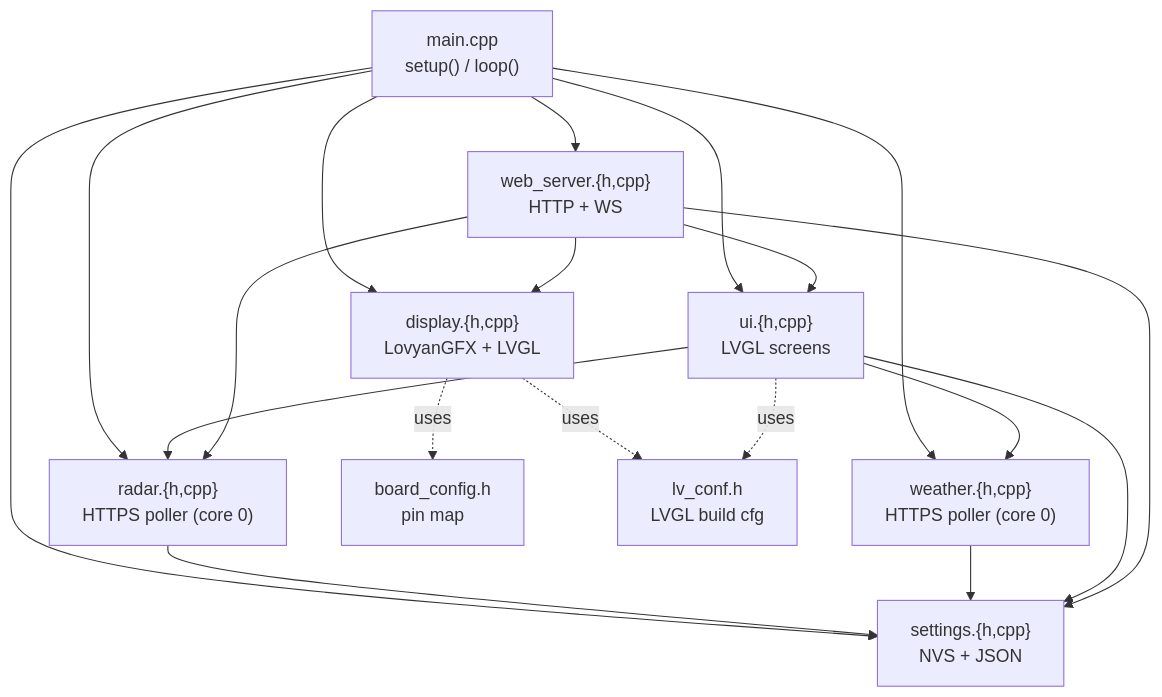
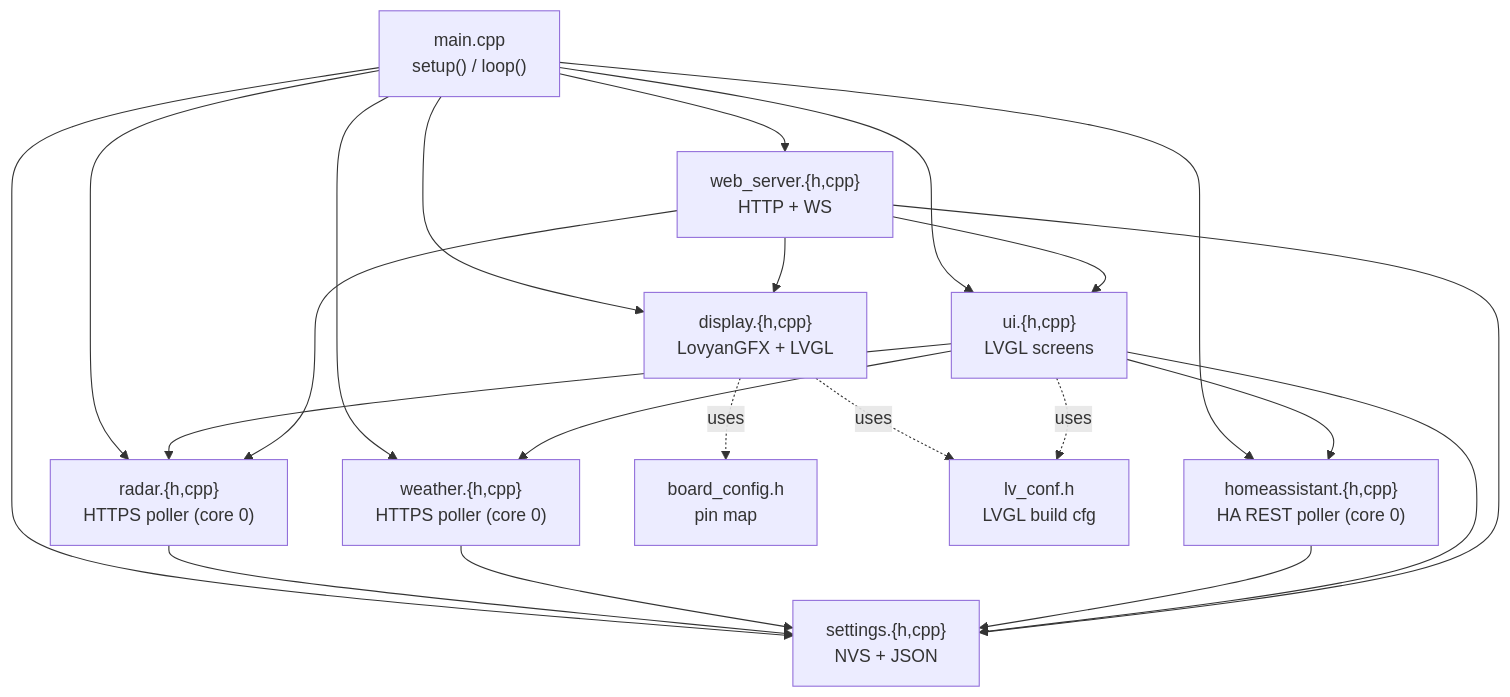
The second of 8 diagrams in ARCHITECTURE.md (Krasnov777/esp32-sky-gauge), drawn with Mermaid before and after one commit. The commit also changed other lines of this file and 11 other files, not shown here.

````diff
--- a/ARCHITECTURE.md
+++ b/ARCHITECTURE.md
@@ -84,35 +86,39 @@
 ```mermaid
 flowchart TB
   main["main.cpp<br/>setup() / loop()"]
 
   settings["settings.{h,cpp}<br/>NVS + JSON"]
   display["display.{h,cpp}<br/>LovyanGFX + LVGL"]
   ui["ui.{h,cpp}<br/>LVGL screens"]
   web["web_server.{h,cpp}<br/>HTTP + WS"]
   radar["radar.{h,cpp}<br/>HTTPS poller (core 0)"]
   weather["weather.{h,cpp}<br/>HTTPS poller (core 0)"]
+  homeassistant["homeassistant.{h,cpp}<br/>HA REST poller (core 0)"]
 
   board["board_config.h<br/>pin map"]
   lvconf["lv_conf.h<br/>LVGL build cfg"]
 
   main --> settings
   main --> display
   main --> ui
   main --> web
   main --> radar
   main --> weather
+  main --> homeassistant
 
   ui --> radar
   ui --> weather
+  ui --> homeassistant
   radar --> settings
   weather --> settings
+  homeassistant --> settings
   web --> radar
 
   display -.uses.-> board
   display -.uses.-> lvconf
   ui --> settings
   ui -.uses.-> lvconf
   web --> settings
   web --> ui
   web --> display
 ```
````
